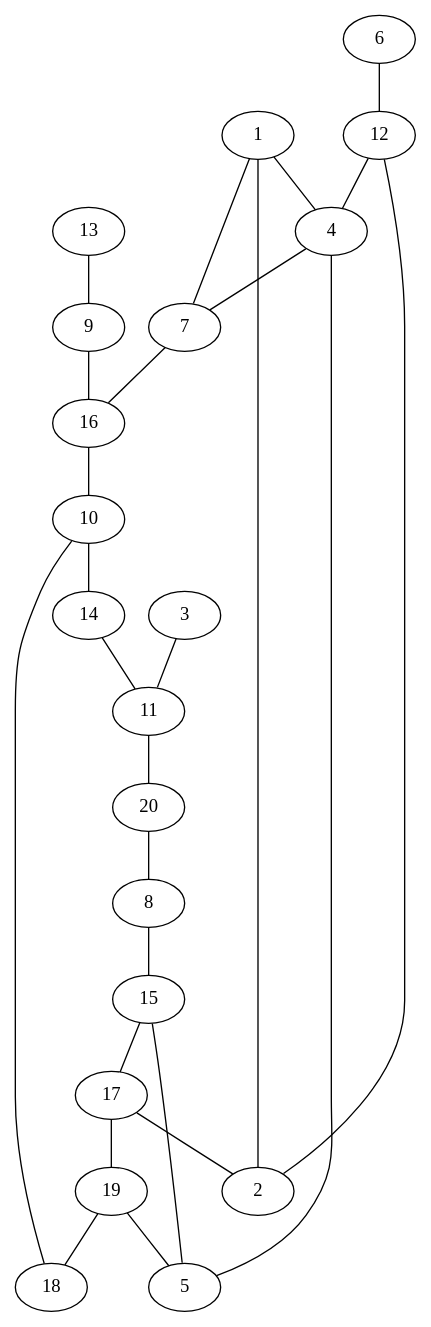
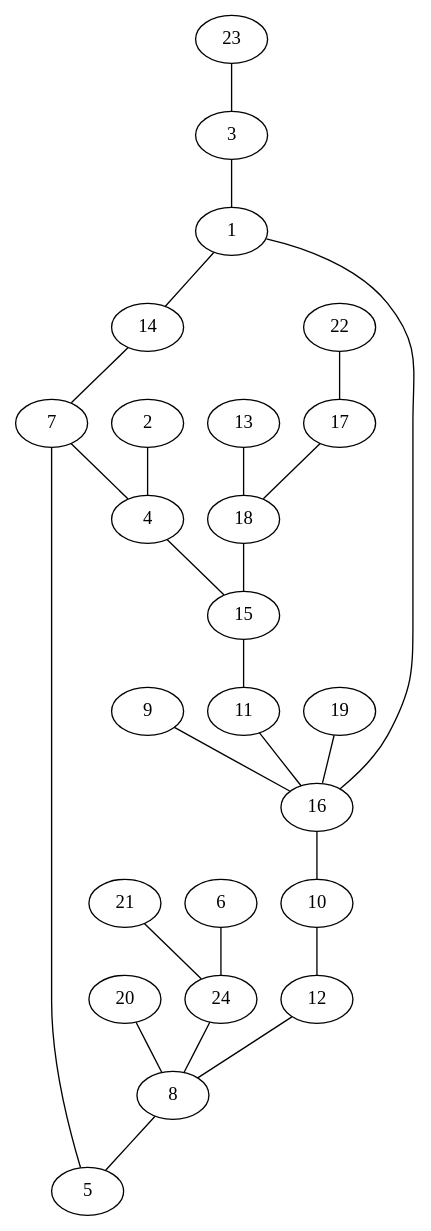
One commit to Lehnsherr/AVA_UEB_1 changed the diagram in UEB_1_3/graph.dot. Above: the diagram before and after it, drawn with Graphviz. The commit also changed 19 other files, not shown here.

```diff
--- a/UEB_1_3/graph.dot
+++ b/UEB_1_3/graph.dot
@@ -1,27 +1,27 @@
 graph G {
-1 -- 4;
-2 -- 1;
-3 -- 11;
-5 -- 4;
-6 -- 12;
-7 -- 16;
-8 -- 15;
+1 -- 14;
+2 -- 4;
+3 -- 1;
+4 -- 15;
+5 -- 7;
+6 -- 24;
+7 -- 4;
+8 -- 5;
 9 -- 16;
-10 -- 14;
-11 -- 20;
-12 -- 2;
-13 -- 9;
-14 -- 11;
-15 -- 5;
+10 -- 12;
+11 -- 16;
+12 -- 8;
+13 -- 18;
+14 -- 7;
+15 -- 11;
 16 -- 10;
-17 -- 19;
-18 -- 10;
-19 -- 5;
+17 -- 18;
+18 -- 15;
+19 -- 16;
 20 -- 8;
-4 -- 7;
-12 -- 4;
-17 -- 2;
-19 -- 18;
-7 -- 1;
-15 -- 17;
+21 -- 24;
+22 -- 17;
+23 -- 3;
+24 -- 8;
+16 -- 1;
 }
```
